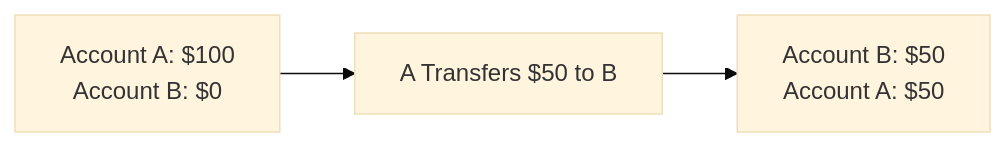
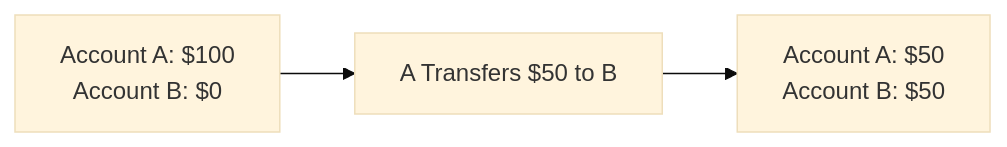
Before and after one commit to rem1niscence/canopy: the second of 9 diagrams in store/README.md, drawn with Mermaid (base theme). The commit also changed other lines of this file, not shown here.

````diff
--- a/store/README.md
+++ b/store/README.md
@@ -47,4 +67,4 @@
 ```mermaid
 graph LR
-    A[Account A: $100<br>Account B: $0] --> B[A Transfers $50 to B] --> C[Account B: $50<br>Account A: $50]
+    A[Account A: $100<br>Account B: $0] --> B[A Transfers $50 to B] --> C[Account A: $50<br>Account B: $50]
 ```
````
